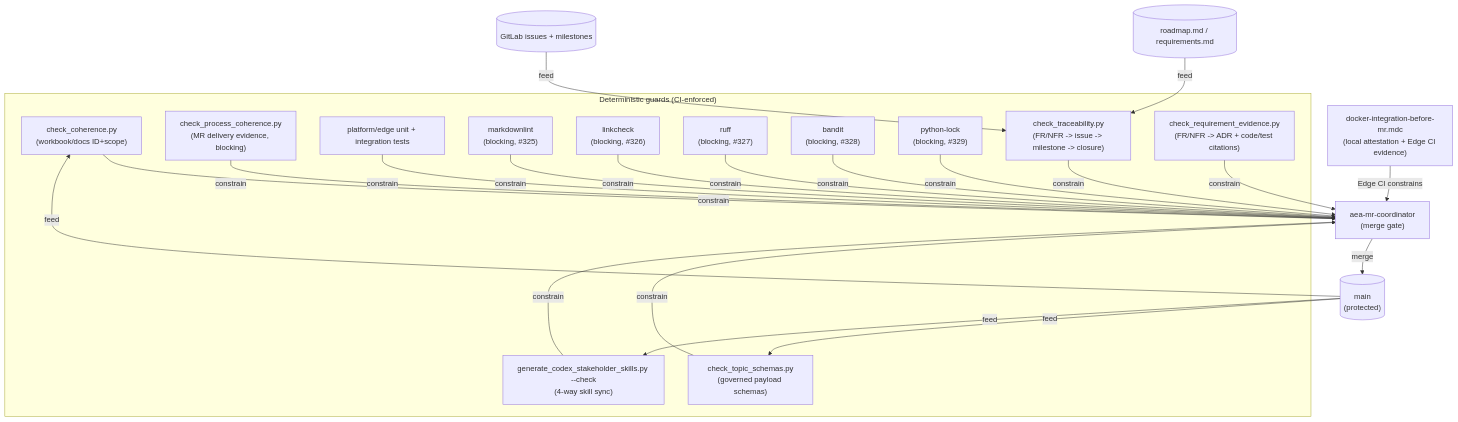
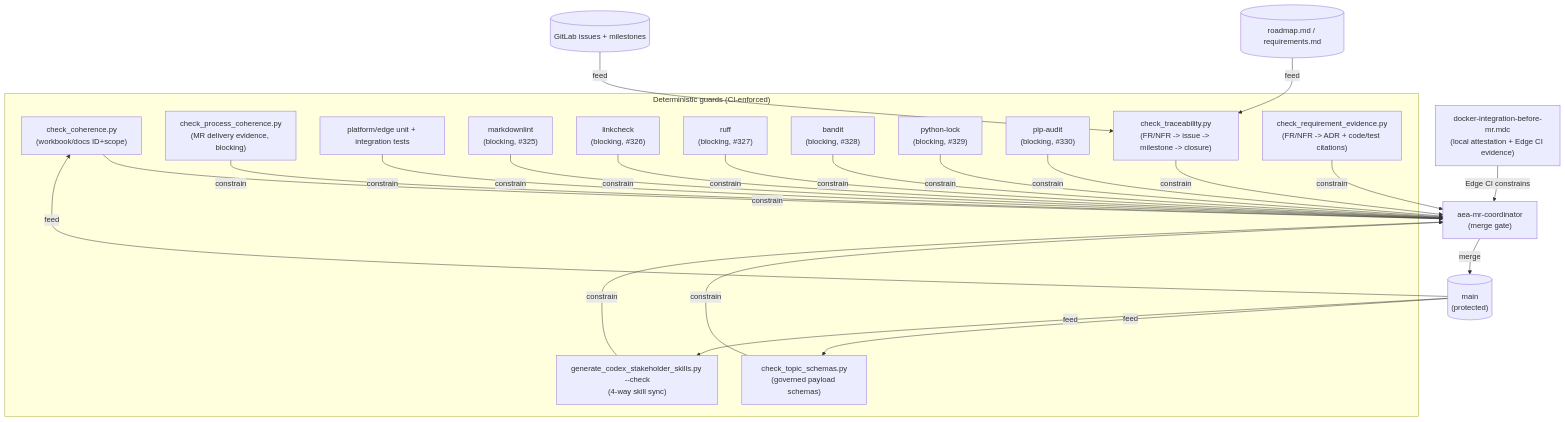
The first of 3 diagrams in research/loop-graph.md (artofdream/adaptive-experience), drawn with Mermaid before and after one commit. The commit also changed other lines of this file and 14 other files, not shown here.

First line of the commit message:
ci: add blocking Python dependency SCA (#330)

````diff
--- a/research/loop-graph.md
+++ b/research/loop-graph.md
@@ -48,42 +48,44 @@
 ```mermaid
 flowchart TD
     subgraph guards["Deterministic guards (CI-enforced)"]
         CC["check_coherence.py<br/>(workbook/docs ID+scope)"]
         TS["check_topic_schemas.py<br/>(governed payload schemas)"]
         SS["generate_codex_stakeholder_skills.py --check<br/>(4-way skill sync)"]
         PC["check_process_coherence.py<br/>(MR delivery evidence, blocking)"]
         PU["platform/edge unit + integration tests"]
         LINT["markdownlint<br/>(blocking, #325)"]
         LINK["linkcheck<br/>(blocking, #326)"]
         RUFF["ruff<br/>(blocking, #327)"]
         SAST["bandit<br/>(blocking, #328)"]
         LOCK["python-lock<br/>(blocking, #329)"]
+        SCA["pip-audit<br/>(blocking, #330)"]
         TRACE["check_traceability.py<br/>(FR/NFR -> issue -> milestone -> closure)"]
         EVIDENCE["check_requirement_evidence.py<br/>(FR/NFR -> ADR + code/test citations)"]
     end
     DOCKER["docker-integration-before-mr.mdc<br/>(local attestation + Edge CI evidence)"]
     MRC["aea-mr-coordinator<br/>(merge gate)"]
     MAIN[("main<br/>(protected)")]
     ROADMAP[("roadmap.md / requirements.md")]
     ISSUES[("GitLab issues + milestones")]
 
     CC -- constrain --> MRC
     TS -- constrain --> MRC
     SS -- constrain --> MRC
     PC -- constrain --> MRC
     PU -- constrain --> MRC
     LINT -- constrain --> MRC
     LINK -- constrain --> MRC
     RUFF -- constrain --> MRC
     SAST -- constrain --> MRC
     LOCK -- constrain --> MRC
+    SCA -- constrain --> MRC
     DOCKER -- "Edge CI constrains" --> MRC
     ROADMAP -- feed --> TRACE
     ISSUES -- feed --> TRACE
     TRACE -- constrain --> MRC
     EVIDENCE -- constrain --> MRC
     MRC -- merge --> MAIN
     MAIN -- feed --> CC
     MAIN -- feed --> TS
     MAIN -- feed --> SS
 ```
````
